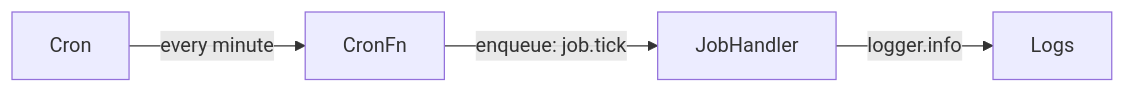
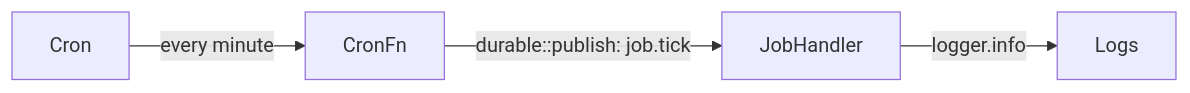
Before and after one commit to iii-hq/iii: the diagram in docs/examples/cron.mdx, drawn with Mermaid. The commit also changed other lines of this file and 7 other files, not shown here.

First line of the commit message:
refactor: update references from enqueue to durable::publish across documentation

````diff
--- a/docs/examples/cron.mdx
+++ b/docs/examples/cron.mdx
@@ -8,6 +8,6 @@
 ```mermaid
 graph LR
     Cron -->|"every minute"| CronFn
-    CronFn -->|"enqueue: job.tick"| JobHandler
+    CronFn -->|"durable::publish: job.tick"| JobHandler
     JobHandler -->|"logger.info"| Logs
 ```
````
